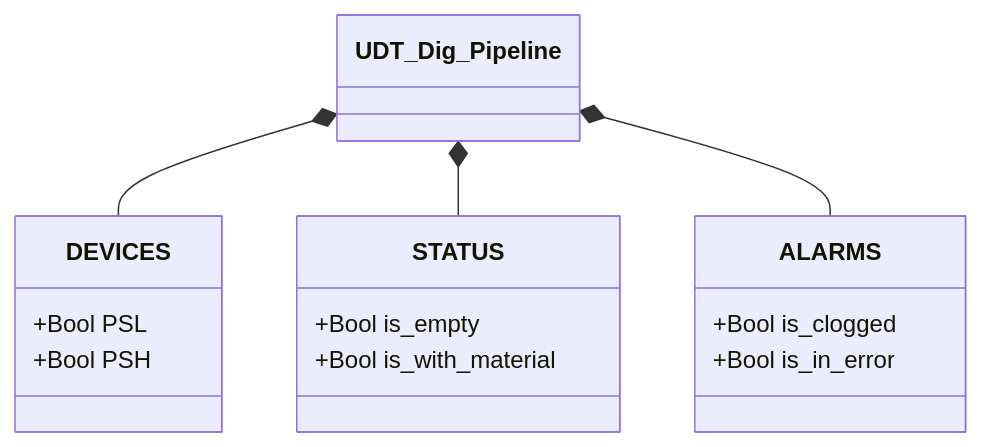
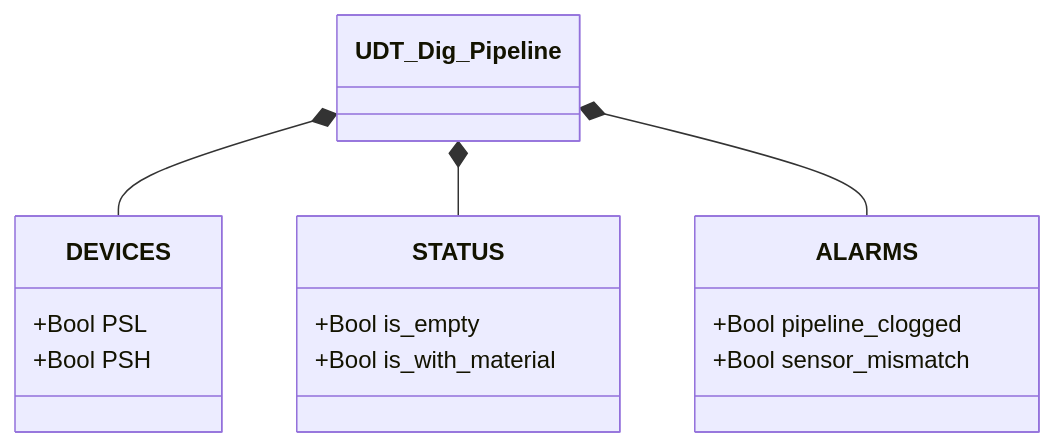
Before and after one commit to AleFire99/TIA_knowledge: the diagram in docs/library/pipeline/digital/index.en.md, drawn with Mermaid. The commit also changed other lines of this file and 199 other files, not shown here.

````diff
--- a/docs/library/pipeline/digital/index.en.md
+++ b/docs/library/pipeline/digital/index.en.md
@@ -65,19 +71,19 @@
 ```mermaid
 classDiagram
     class UDT_Dig_Pipeline
     class DEVICES {
         +Bool PSL
         +Bool PSH
     }
     class STATUS {
         +Bool is_empty
         +Bool is_with_material
     }
     class ALARMS {
-        +Bool is_clogged
-        +Bool is_in_error
+        +Bool pipeline_clogged
+        +Bool sensor_mismatch
     }
     UDT_Dig_Pipeline *-- DEVICES
     UDT_Dig_Pipeline *-- STATUS
     UDT_Dig_Pipeline *-- ALARMS
 ```
````
